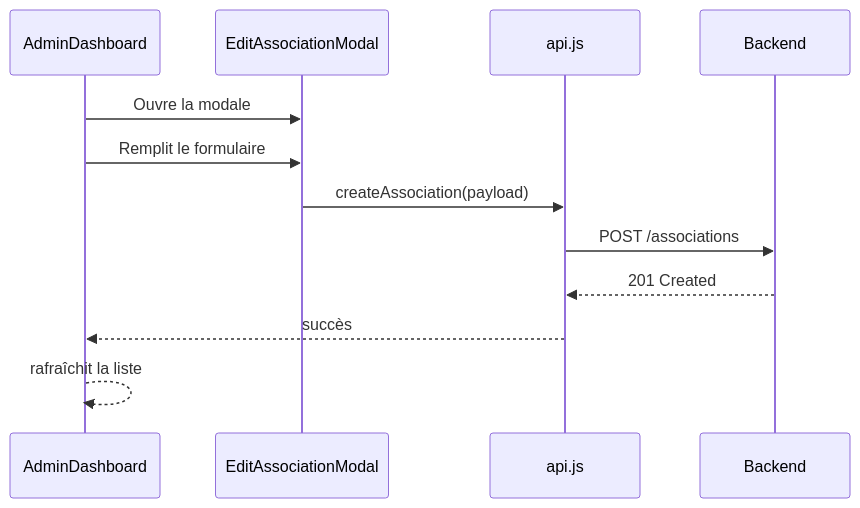
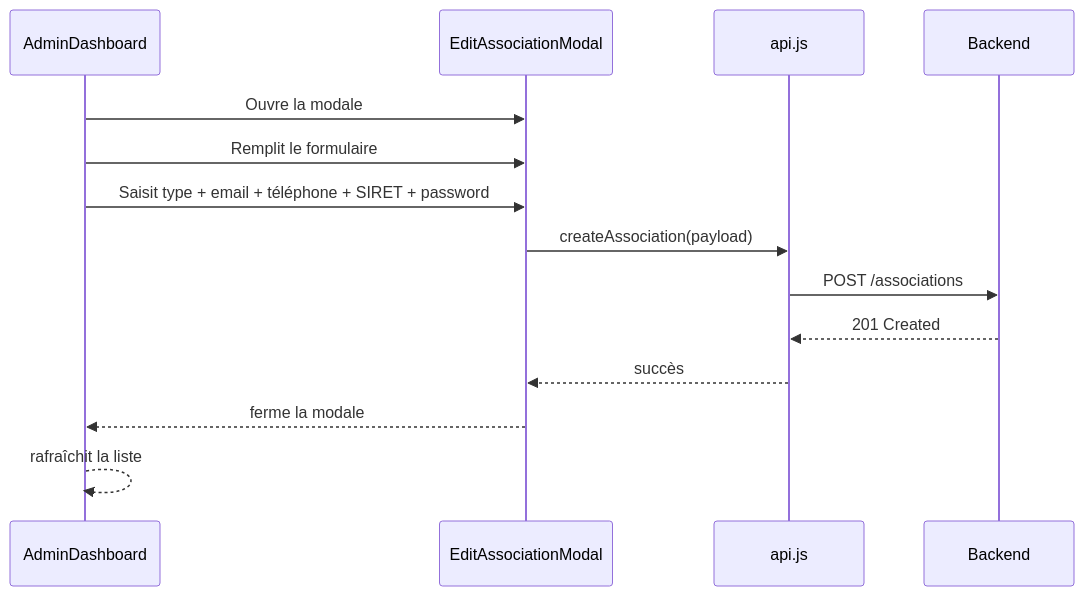
One commit to fDefives/Projet_M2_Gestion_de_vie_associative changed the second of 3 diagrams in ARCHITECTURE_FRONTEND.md. Above: the diagram before and after it, drawn with Mermaid. The commit also changed other lines of this file, not shown here.

Commit message:
refactor: update project architecture documentation and remove Mermaid diagrams

````diff
--- a/ARCHITECTURE_FRONTEND.md
+++ b/ARCHITECTURE_FRONTEND.md
@@ -286,15 +213,17 @@
 ```mermaid
 sequenceDiagram
    participant Admin as AdminDashboard
    participant Modal as EditAssociationModal
    participant API as api.js
    participant B as Backend
 
    Admin->>Modal: Ouvre la modale
    Admin->>Modal: Remplit le formulaire
+   Admin->>Modal: Saisit type + email + téléphone + SIRET + password
    Modal->>API: createAssociation(payload)
    API->>B: POST /associations
    B-->>API: 201 Created
-   API-->>Admin: succès
+   API-->>Modal: succès
+   Modal-->>Admin: ferme la modale
    Admin-->>Admin: rafraîchit la liste
 ```
````
